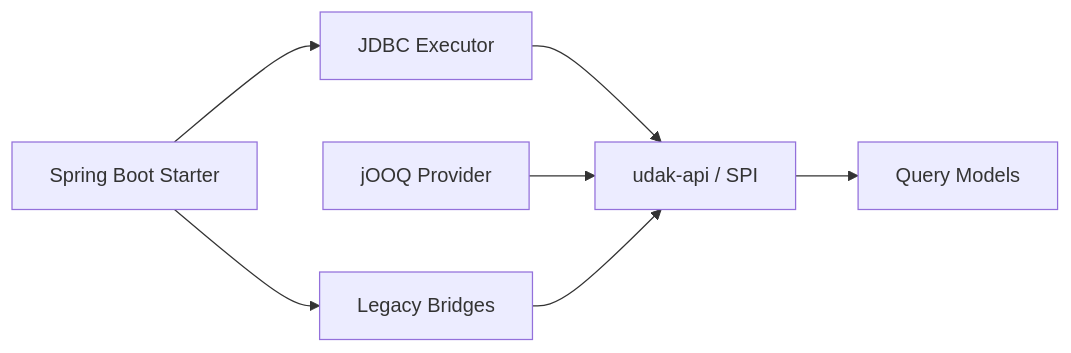
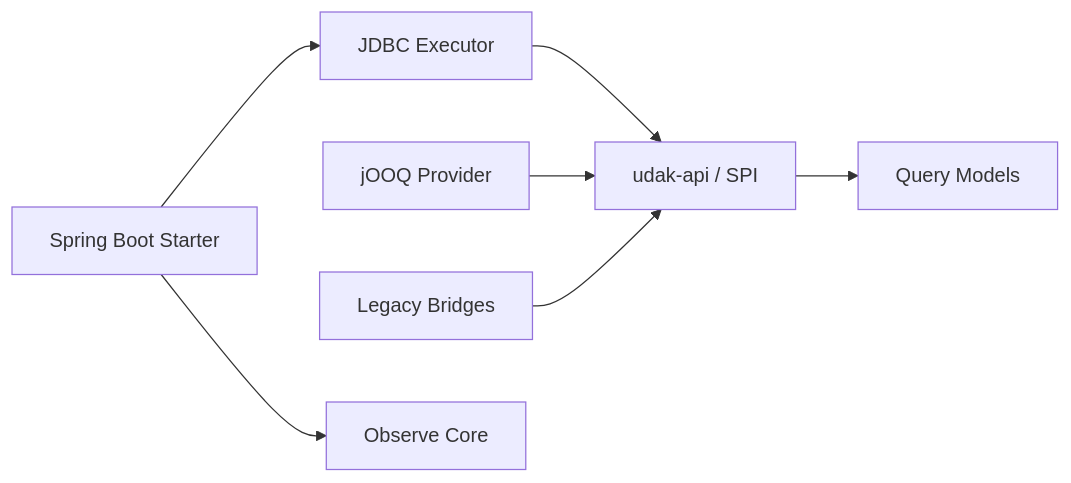
Before and after one commit to yaioyaio/udak-final-poc: the second of 2 diagrams in docs/en/02-ARCHITECTURE.md, drawn with Mermaid. The commit also changed other lines of this file and 41 other files, not shown here.

````diff
--- a/docs/en/02-ARCHITECTURE.md
+++ b/docs/en/02-ARCHITECTURE.md
@@ -39,9 +39,9 @@
 ```mermaid
 flowchart LR
   SPI[udak-api / SPI] --> CORE[Query Models]
   JDBC[JDBC Executor] --> SPI
   JOOQ[jOOQ Provider] --> SPI
   LEGACY[Legacy Bridges] --> SPI
   STARTER[Spring Boot Starter] --> JDBC
-  STARTER --> LEGACY
+  STARTER --> OBSERVE[Observe Core]
 ```
````
